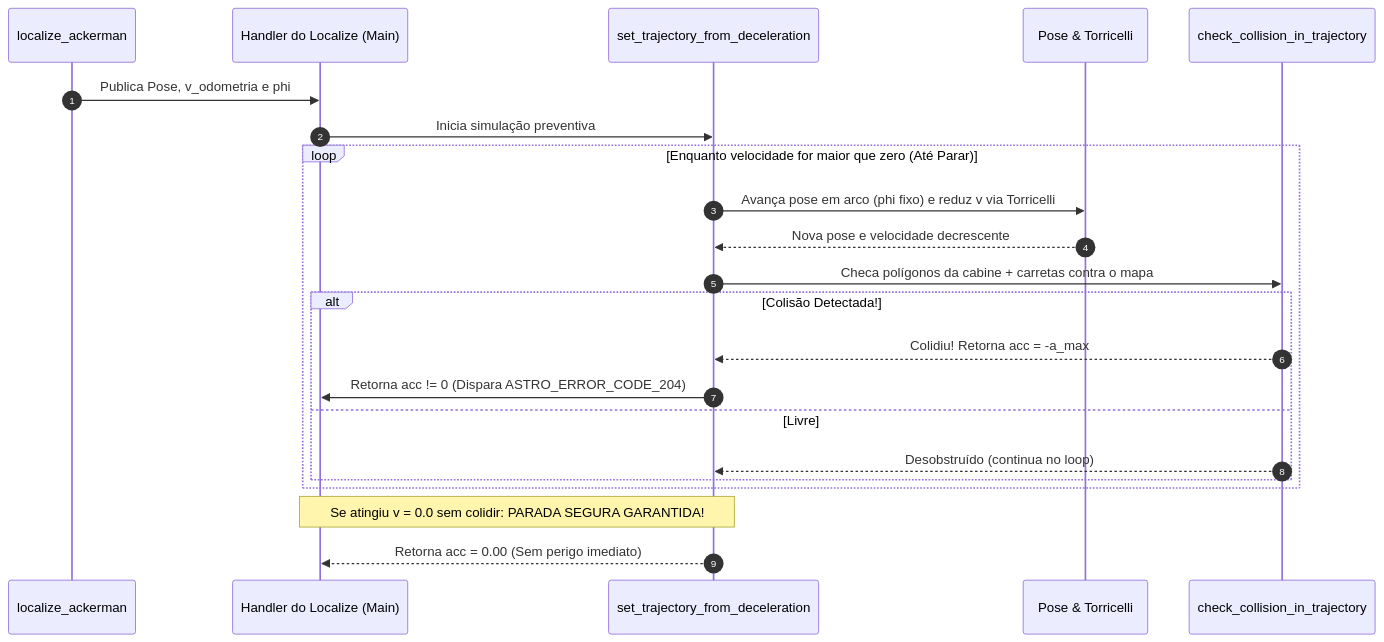
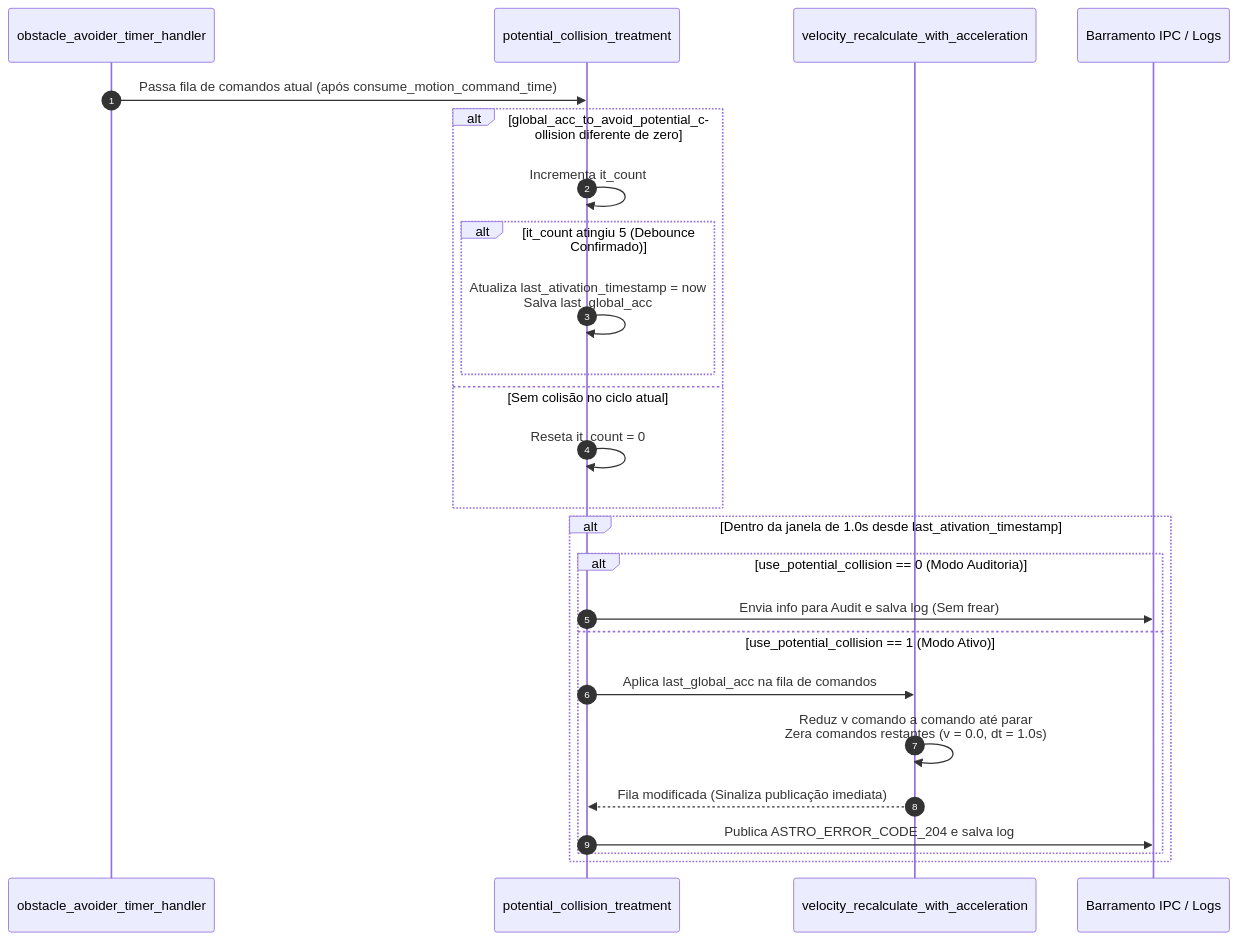
The second of 2 diagrams in README.md (BrenoCSilva/lume), drawn with Mermaid before and after one commit. The commit also changed other lines of this file, not shown here.

````diff
--- a/README.md
+++ b/README.md
@@ -110,27 +143,30 @@
 ```mermaid
 sequenceDiagram
     autonumber
-    participant LOC as localize_ackerman
-    participant OA_MAIN as Handler do Localize (Main)
-    participant FUNC as set_trajectory_from_deceleration
-    participant TORR as Pose & Torricelli 
-    participant COL as check_collision_in_trajectory
+    participant TIMER as obstacle_avoider_timer_handler
+    participant PCT as potential_collision_treatment
+    participant RECALC as velocity_recalculate_with_acceleration
+    participant IPC as Barramento IPC / Logs
 
-    LOC->>OA_MAIN: Publica Pose, v_odometria e phi
-    OA_MAIN->>FUNC: Inicia simulação preventiva
+    TIMER->>PCT: Passa fila de comandos atual (após consume_motion_command_time)
     
-    loop Enquanto velocidade for maior que zero (Até Parar)
-        FUNC->>TORR: Avança pose em arco (phi fixo) e reduz v via Torricelli
-        TORR-->>FUNC: Nova pose e velocidade decrescente
-        FUNC->>COL: Checa polígonos da cabine + carretas contra o mapa
-        alt Colisão Detectada!
-            COL-->>FUNC: Colidiu! Retorna acc = -a_max
-            FUNC->>OA_MAIN: Retorna acc != 0 (Dispara ASTRO_ERROR_CODE_204)
-        else Livre
-            COL-->>FUNC: Desobstruído (continua no loop)
+    alt global_acc_to_avoid_potential_collision diferente de zero
+        PCT->>PCT: Incrementa it_count
+        alt it_count atingiu 5 (Debounce Confirmado)
+            PCT->>PCT: Atualiza last_ativation_timestamp = now<br/>Salva last_global_acc
+        end
+    else Sem colisão no ciclo atual
+        PCT->>PCT: Reseta it_count = 0
+    end
+
+    alt Dentro da janela de 1.0s desde last_ativation_timestamp
+        alt use_potential_collision == 0 (Modo Auditoria)
+            PCT->>IPC: Envia info para Audit e salva log (Sem frear)
+        else use_potential_collision == 1 (Modo Ativo)
+            PCT->>RECALC: Aplica last_global_acc na fila de comandos
+            RECALC->>RECALC: Reduz v comando a comando até parar<br/>Zera comandos restantes (v = 0.0, dt = 1.0s)
+            RECALC-->>PCT: Fila modificada (Sinaliza publicação imediata)
+            PCT->>IPC: Publica ASTRO_ERROR_CODE_204 e salva log
         end
     end
-    
-    Note over FUNC,OA_MAIN: Se atingiu v = 0.0 sem colidir: PARADA SEGURA GARANTIDA!
-    FUNC-->>OA_MAIN: Retorna acc = 0.00  (Sem perigo imediato)
 ```
````
